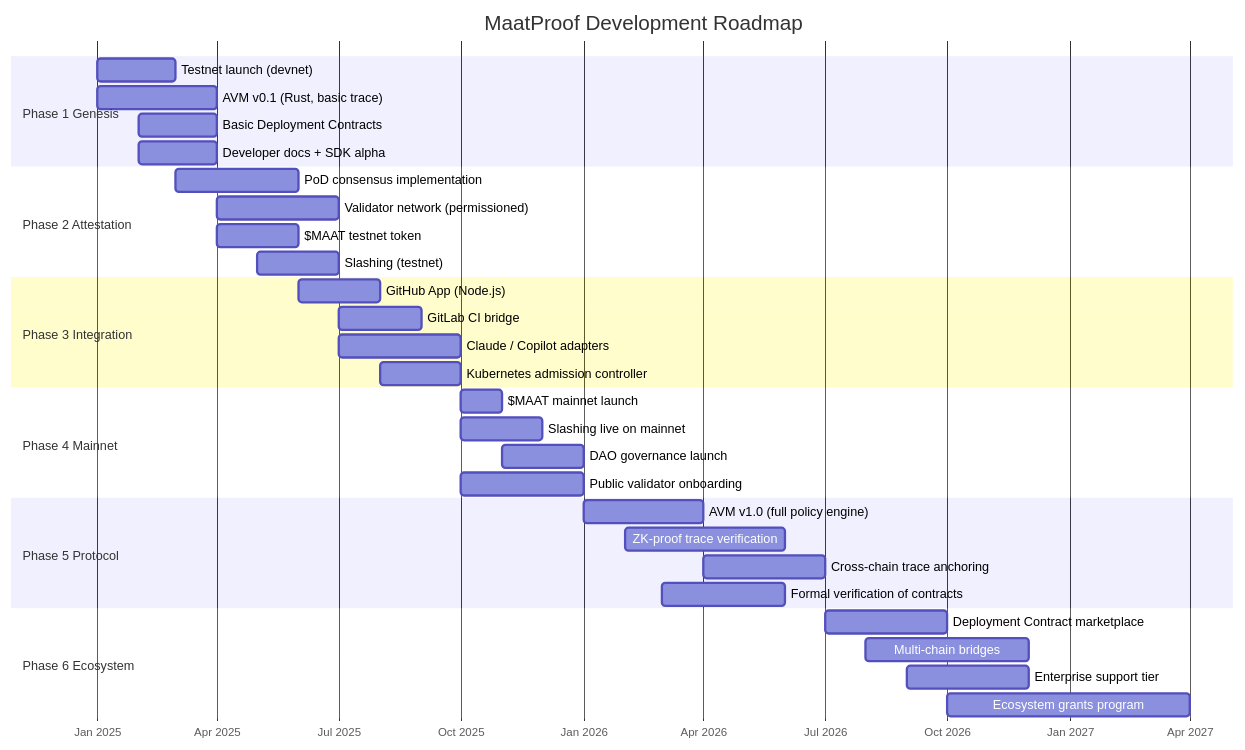
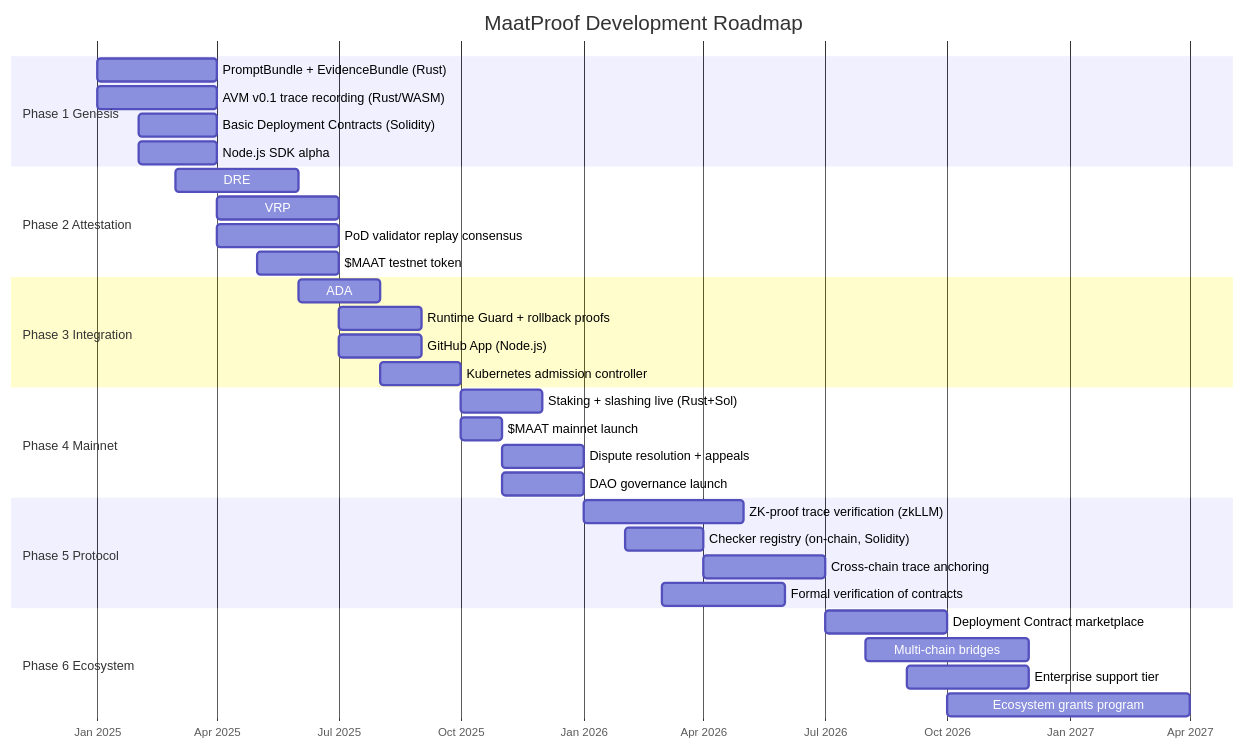
The first of 2 diagrams in docs/08-roadmap.md (dngoins/MaatProof), drawn with Mermaid before and after one commit. The commit also changed other lines of this file and 10 other files, not shown here.

````diff
--- a/docs/08-roadmap.md
+++ b/docs/08-roadmap.md
@@ -11,42 +16,42 @@
 ```mermaid
 gantt
     title MaatProof Development Roadmap
     dateFormat  YYYY-MM
     axisFormat  %b %Y
 
     section Phase 1 Genesis
-    Testnet launch (devnet)         :p1a, 2025-01, 2M
-    AVM v0.1 (Rust, basic trace)    :p1b, 2025-01, 3M
-    Basic Deployment Contracts      :p1c, 2025-02, 2M
-    Developer docs + SDK alpha      :p1d, 2025-02, 2M
+    PromptBundle + EvidenceBundle (Rust)  :p1a, 2025-01, 3M
+    AVM v0.1 trace recording (Rust/WASM) :p1b, 2025-01, 3M
+    Basic Deployment Contracts (Solidity) :p1c, 2025-02, 2M
+    Node.js SDK alpha                     :p1d, 2025-02, 2M
 
     section Phase 2 Attestation
-    PoD consensus implementation    :p2a, 2025-03, 3M
-    Validator network (permissioned):p2b, 2025-04, 3M
-    $MAAT testnet token             :p2c, 2025-04, 2M
-    Slashing (testnet)              :p2d, 2025-05, 2M
+    DRE: committee execution (Rust)      :p2a, 2025-03, 3M
+    VRP: reasoning records + Merkle DAG  :p2b, 2025-04, 3M
+    PoD validator replay consensus       :p2c, 2025-04, 3M
+    $MAAT testnet token                  :p2d, 2025-05, 2M
 
     section Phase 3 Integration
-    GitHub App (Node.js)            :p3a, 2025-06, 2M
-    GitLab CI bridge                :p3b, 2025-07, 2M
-    Claude / Copilot adapters       :p3c, 2025-07, 3M
-    Kubernetes admission controller :p3d, 2025-08, 2M
+    ADA: 7-condition authorization (Rust):p3a, 2025-06, 2M
+    Runtime Guard + rollback proofs      :p3b, 2025-07, 2M
+    GitHub App (Node.js)                 :p3c, 2025-07, 2M
+    Kubernetes admission controller      :p3d, 2025-08, 2M
 
     section Phase 4 Mainnet
-    $MAAT mainnet launch            :p4a, 2025-10, 1M
-    Slashing live on mainnet        :p4b, 2025-10, 2M
-    DAO governance launch           :p4c, 2025-11, 2M
-    Public validator onboarding     :p4d, 2025-10, 3M
+    Staking + slashing live (Rust+Sol)   :p4a, 2025-10, 2M
+    $MAAT mainnet launch                 :p4b, 2025-10, 1M
+    Dispute resolution + appeals         :p4c, 2025-11, 2M
+    DAO governance launch                :p4d, 2025-11, 2M
 
     section Phase 5 Protocol
-    AVM v1.0 (full policy engine)   :p5a, 2026-01, 3M
-    ZK-proof trace verification     :p5b, 2026-02, 4M
-    Cross-chain trace anchoring     :p5c, 2026-04, 3M
-    Formal verification of contracts:p5d, 2026-03, 3M
+    ZK-proof trace verification (zkLLM)  :p5a, 2026-01, 4M
+    Checker registry (on-chain, Solidity):p5b, 2026-02, 2M
+    Cross-chain trace anchoring          :p5c, 2026-04, 3M
+    Formal verification of contracts     :p5d, 2026-03, 3M
 
     section Phase 6 Ecosystem
-    Deployment Contract marketplace :p6a, 2026-07, 3M
-    Multi-chain bridges             :p6b, 2026-08, 4M
-    Enterprise support tier         :p6c, 2026-09, 3M
-    Ecosystem grants program        :p6d, 2026-10, 6M
+    Deployment Contract marketplace      :p6a, 2026-07, 3M
+    Multi-chain bridges                  :p6b, 2026-08, 4M
+    Enterprise support tier              :p6c, 2026-09, 3M
+    Ecosystem grants program             :p6d, 2026-10, 6M
 ```
````
